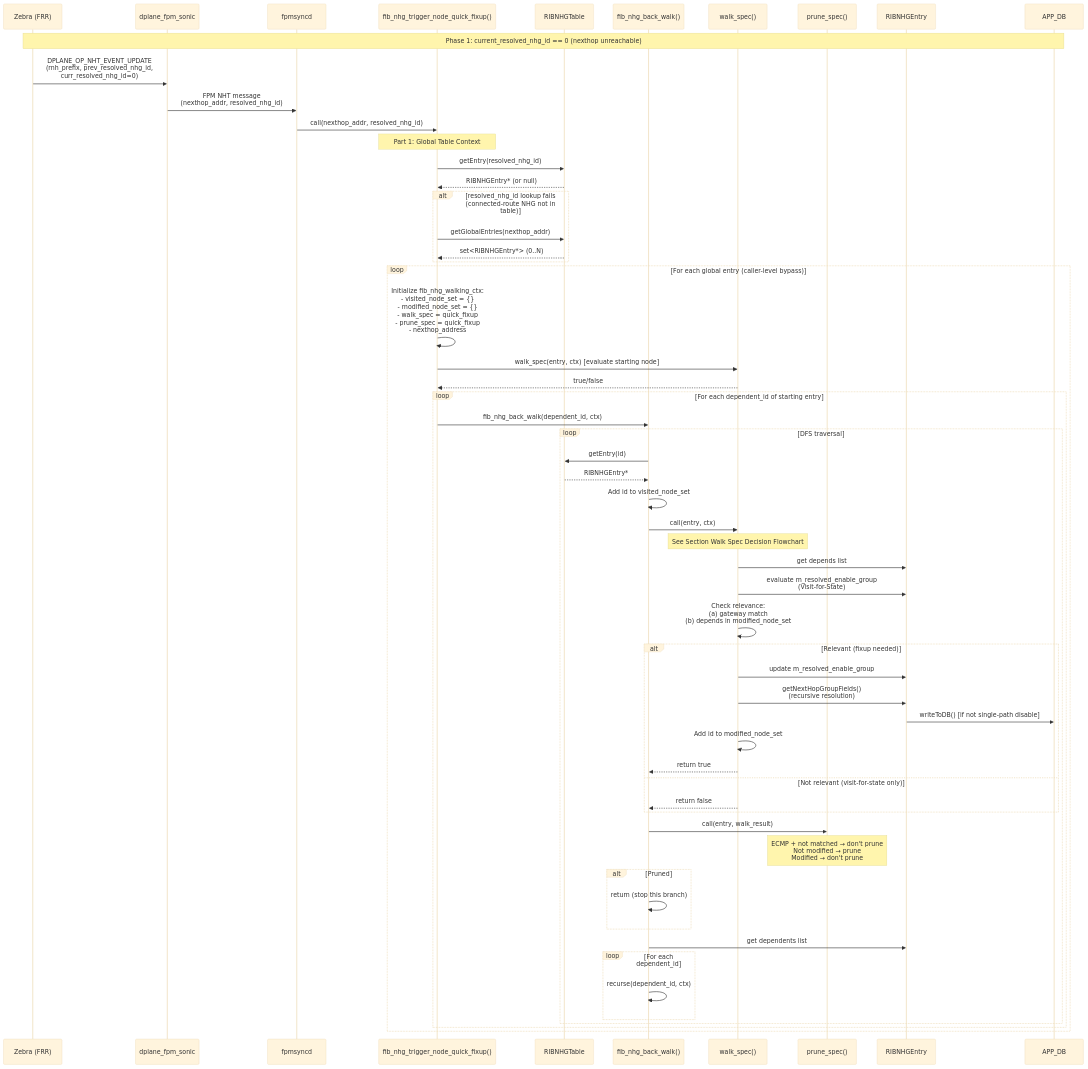
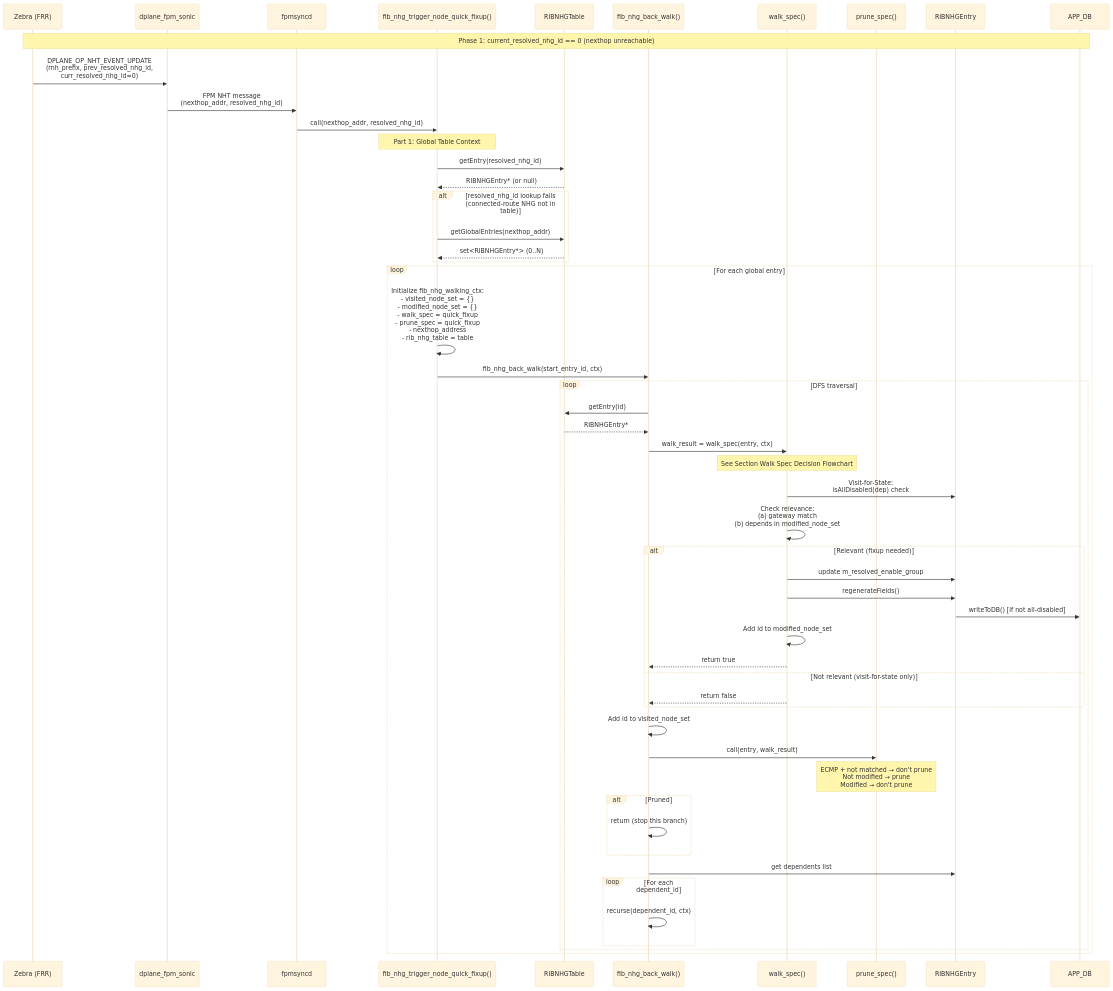
Before and after one commit to eddieruan-alibaba/SONiC: the third of 7 diagrams in doc/ribfib/ribfib_route_convergence.md, drawn with Mermaid (base theme). The commit also changed other lines of this file, not shown here.

````diff
--- a/doc/ribfib/ribfib_route_convergence.md
+++ b/doc/ribfib/ribfib_route_convergence.md
@@ -1070,73 +1275,67 @@
 ```mermaid
 sequenceDiagram
     participant Zebra as Zebra (FRR)
     participant FPM as dplane_fpm_sonic
     participant Syncd as fpmsyncd
     participant Trigger as fib_nhg_trigger_node_quick_fixup()
     participant Table as RIBNHGTable
     participant Walk as fib_nhg_back_walk()
     participant WSpec as walk_spec()
     participant PSpec as prune_spec()
     participant Entry as RIBNHGEntry
     participant APPDB as APP_DB
 
     Note over Zebra,APPDB: Phase 1: current_resolved_nhg_id == 0 (nexthop unreachable)
 
     Zebra->>FPM: DPLANE_OP_NHT_EVENT_UPDATE<br/>(rnh_prefix, prev_resolved_nhg_id,<br/>curr_resolved_nhg_id=0)
     FPM->>Syncd: FPM NHT message<br/>(nexthop_addr, resolved_nhg_id)
     Syncd->>Trigger: call(nexthop_addr, resolved_nhg_id)
 
     Note over Trigger: Part 1: Global Table Context
     Trigger->>Table: getEntry(resolved_nhg_id)
     Table-->>Trigger: RIBNHGEntry* (or null)
 
     alt resolved_nhg_id lookup fails (connected-route NHG not in table)
         Trigger->>Table: getGlobalEntries(nexthop_addr)
         Table-->>Trigger: set<RIBNHGEntry*> (0..N)
     end
 
-    loop For each global entry (caller-level bypass)
-        Trigger->>Trigger: Initialize fib_nhg_walking_ctx:<br/>- visited_node_set = {}<br/>- modified_node_set = {}<br/>- walk_spec = quick_fixup<br/>- prune_spec = quick_fixup<br/>- nexthop_address
+    loop For each global entry
+        Trigger->>Trigger: Initialize fib_nhg_walking_ctx:<br/>- visited_node_set = {}<br/>- modified_node_set = {}<br/>- walk_spec = quick_fixup<br/>- prune_spec = quick_fixup<br/>- nexthop_address<br/>- rib_nhg_table = table
 
-        Trigger->>WSpec: walk_spec(entry, ctx) [evaluate starting node]
-        WSpec-->>Trigger: true/false
-
-        loop For each dependent_id of starting entry
-            Trigger->>Walk: fib_nhg_back_walk(dependent_id, ctx)
+        Trigger->>Walk: fib_nhg_back_walk(start_entry_id, ctx)
 
             loop DFS traversal
                 Walk->>Table: getEntry(id)
                 Table-->>Walk: RIBNHGEntry*
 
-                Walk->>Walk: Add id to visited_node_set
-
-                Walk->>WSpec: call(entry, ctx)
+                Walk->>WSpec: walk_result = walk_spec(entry, ctx)
                 Note over WSpec: See Section Walk Spec Decision Flowchart
-                WSpec->>Entry: get depends list
-                WSpec->>Entry: evaluate m_resolved_enable_group<br/>(Visit-for-State)
+                WSpec->>Entry: Visit-for-State:<br/>isAllDisabled(dep) check
                 WSpec->>WSpec: Check relevance:<br/>(a) gateway match<br/>(b) depends in modified_node_set
 
                 alt Relevant (fixup needed)
                     WSpec->>Entry: update m_resolved_enable_group
-                    WSpec->>Entry: getNextHopGroupFields()<br/>(recursive resolution)
-                    Entry->>APPDB: writeToDB() [if not single-path disable]
+                    WSpec->>Entry: regenerateFields()
+                    Entry->>APPDB: writeToDB() [if not all-disabled]
                     WSpec->>WSpec: Add id to modified_node_set
                     WSpec-->>Walk: return true
                 else Not relevant (visit-for-state only)
                     WSpec-->>Walk: return false
                 end
+
+                Walk->>Walk: Add id to visited_node_set
 
                 Walk->>PSpec: call(entry, walk_result)
                 Note over PSpec: ECMP + not matched → don't prune<br/>Not modified → prune<br/>Modified → don't prune
                 alt Pruned
                     Walk->>Walk: return (stop this branch)
                 end
 
                 Walk->>Entry: get dependents list
                 loop For each dependent_id
                     Walk->>Walk: recurse(dependent_id, ctx)
                 end
             end
-        end
     end
 ```
````
